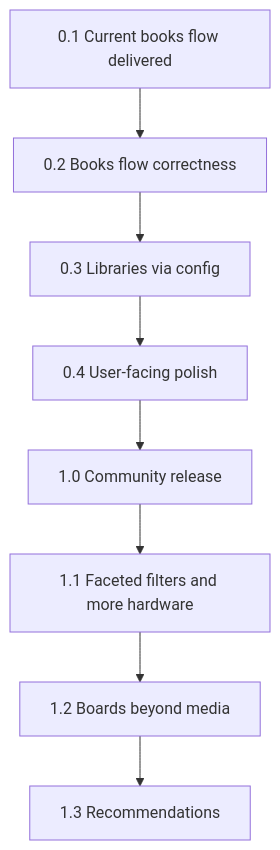
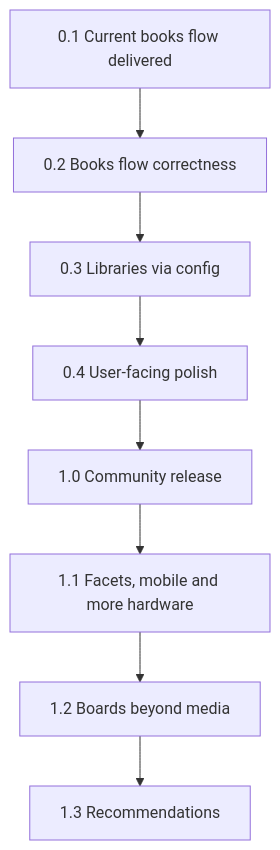
One commit to Nicolas-Rigaudy/obsidian-stacks changed the diagram in logics/roadmap/road_001_stacks_to_1_0.md. Above: the diagram before and after it, drawn with Mermaid. The commit also changed other lines of this file and 3 other files, not shown here.

Commit message:
Record 1.0 decisions in brief, roadmap and backlog (presets, desktop only, quick add on)

````diff
--- a/logics/roadmap/road_001_stacks_to_1_0.md
+++ b/logics/roadmap/road_001_stacks_to_1_0.md
@@ -17,12 +18,12 @@
 ```mermaid
 flowchart TD
   A[0.1 Current books flow delivered]
   B[0.2 Books flow correctness]
   C[0.3 Libraries via config]
   D[0.4 User-facing polish]
   E[1.0 Community release]
-  F[1.1 Faceted filters and more hardware]
+  F[1.1 Facets, mobile and more hardware]
   G[1.2 Boards beyond media]
   H[1.3 Recommendations]
   A --> B --> C --> D --> E --> F --> G --> H
 ```
````
